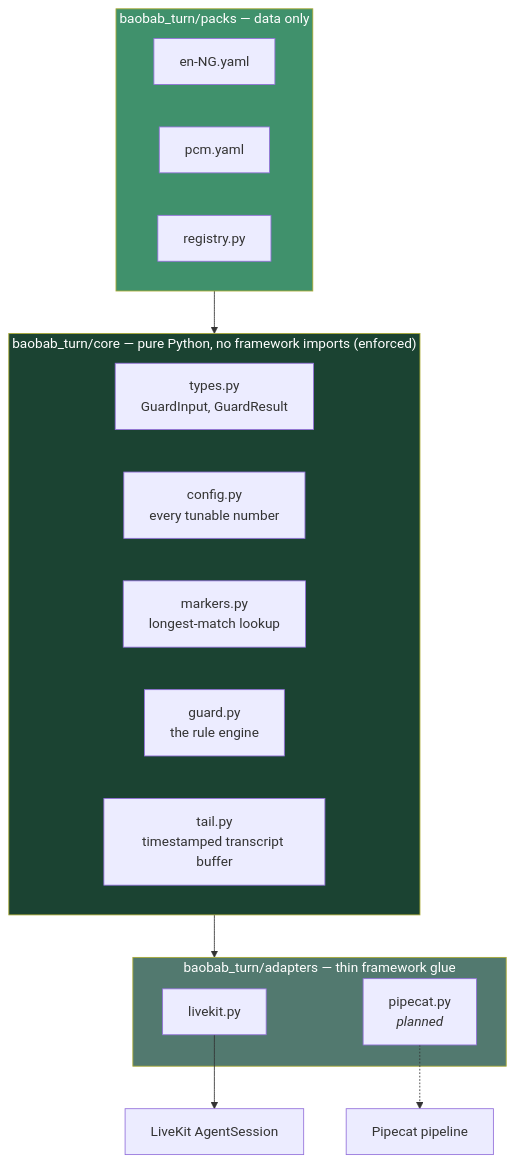
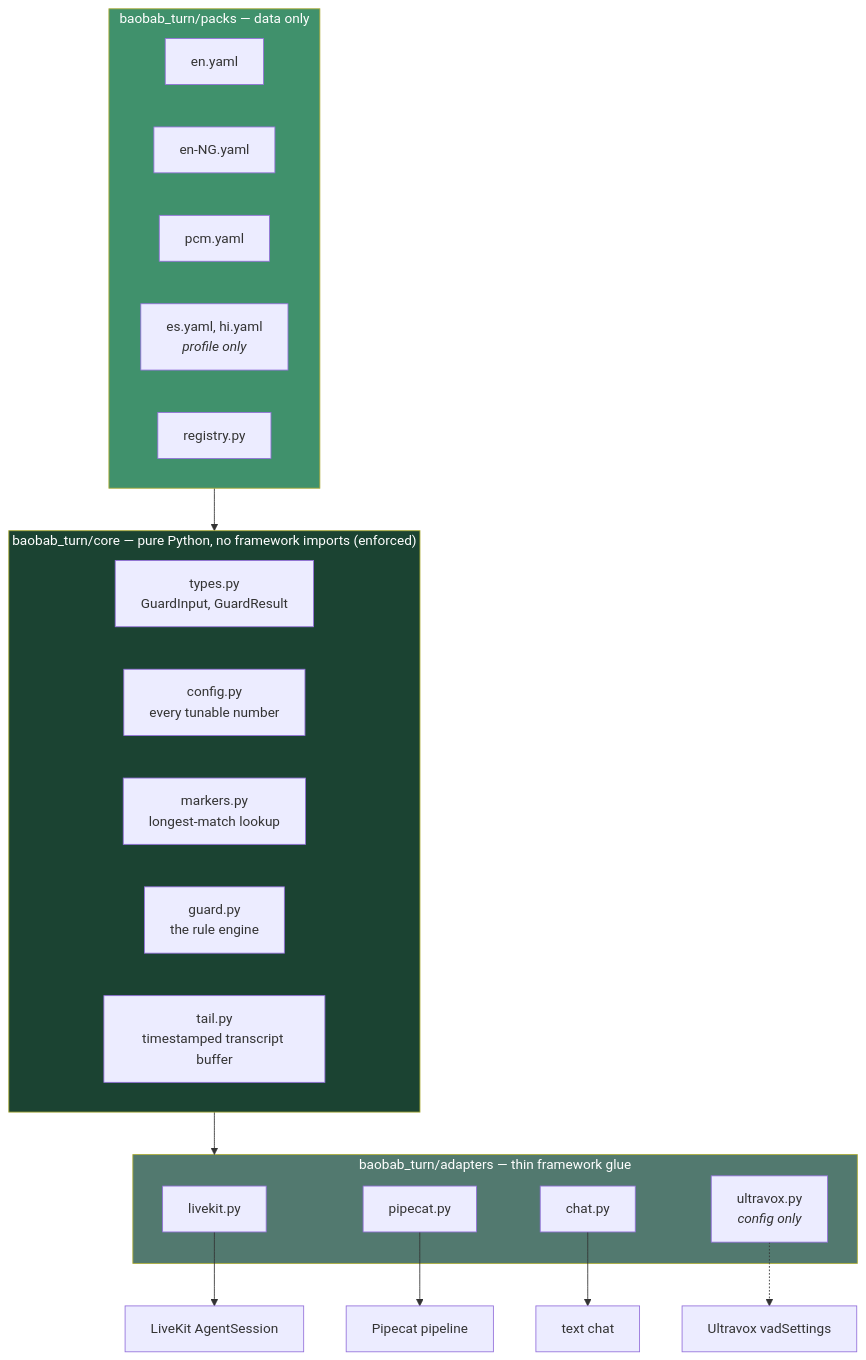
The third of 4 diagrams in README.md (Radiant-O/baobab-turn), drawn with Mermaid before and after one commit. The commit also changed other lines of this file and 8 other files, not shown here.

````diff
--- a/README.md
+++ b/README.md
@@ -370,30 +400,36 @@
 ```mermaid
 flowchart TB
     subgraph core["baobab_turn/core — pure Python, no framework imports (enforced)"]
         T["types.py<br/>GuardInput, GuardResult"]
         C["config.py<br/>every tunable number"]
         M["markers.py<br/>longest-match lookup"]
         G["guard.py<br/>the rule engine"]
         TL["tail.py<br/>timestamped transcript buffer"]
     end
 
     subgraph packs["baobab_turn/packs — data only"]
+        Y0["en.yaml"]
         Y1["en-NG.yaml"]
         Y2["pcm.yaml"]
+        Y3["es.yaml, hi.yaml<br/><i>profile only</i>"]
         R["registry.py"]
     end
 
     subgraph adapters["baobab_turn/adapters — thin framework glue"]
         LK["livekit.py"]
-        PC["pipecat.py<br/><i>planned</i>"]
+        PC["pipecat.py"]
+        CH["chat.py"]
+        UV["ultravox.py<br/><i>config only</i>"]
     end
 
     packs --> core
     core --> adapters
     LK --> LIVEKIT["LiveKit AgentSession"]
-    PC -.-> PIPECAT["Pipecat pipeline"]
+    PC --> PIPECAT["Pipecat pipeline"]
+    CH --> CHAT["text chat"]
+    UV -.-> ULTRAVOX["Ultravox vadSettings"]
 
     style core fill:#1b4332,color:#fff
     style packs fill:#40916c,color:#fff
     style adapters fill:#52796f,color:#fff
 ```
````
